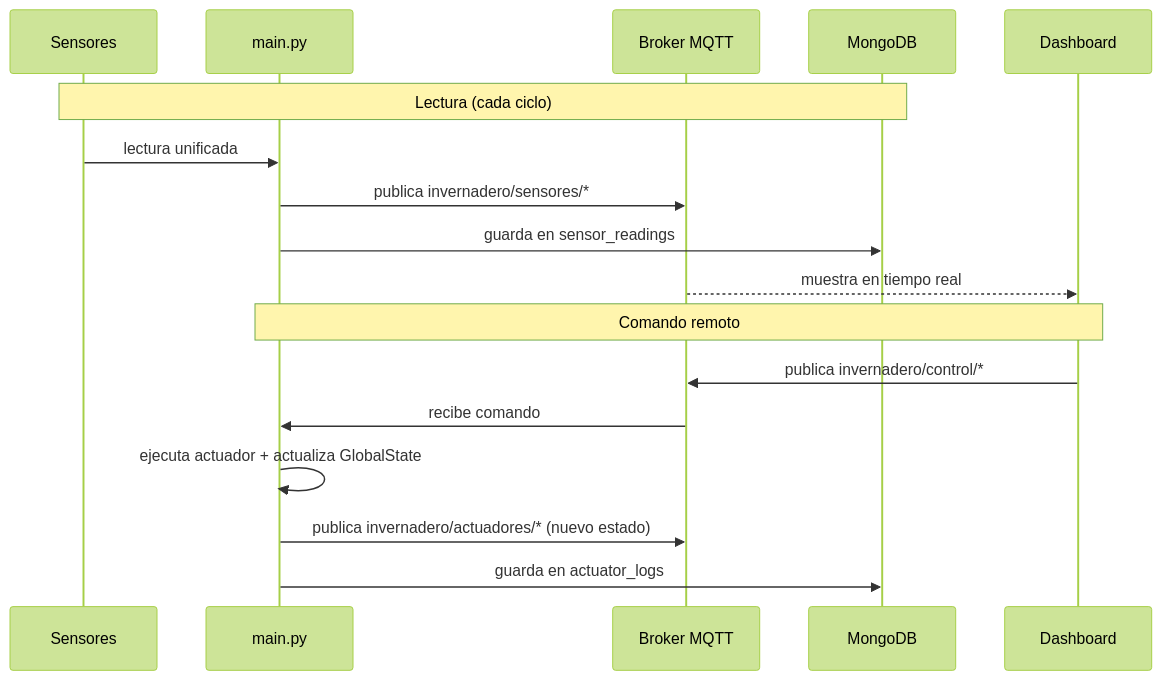
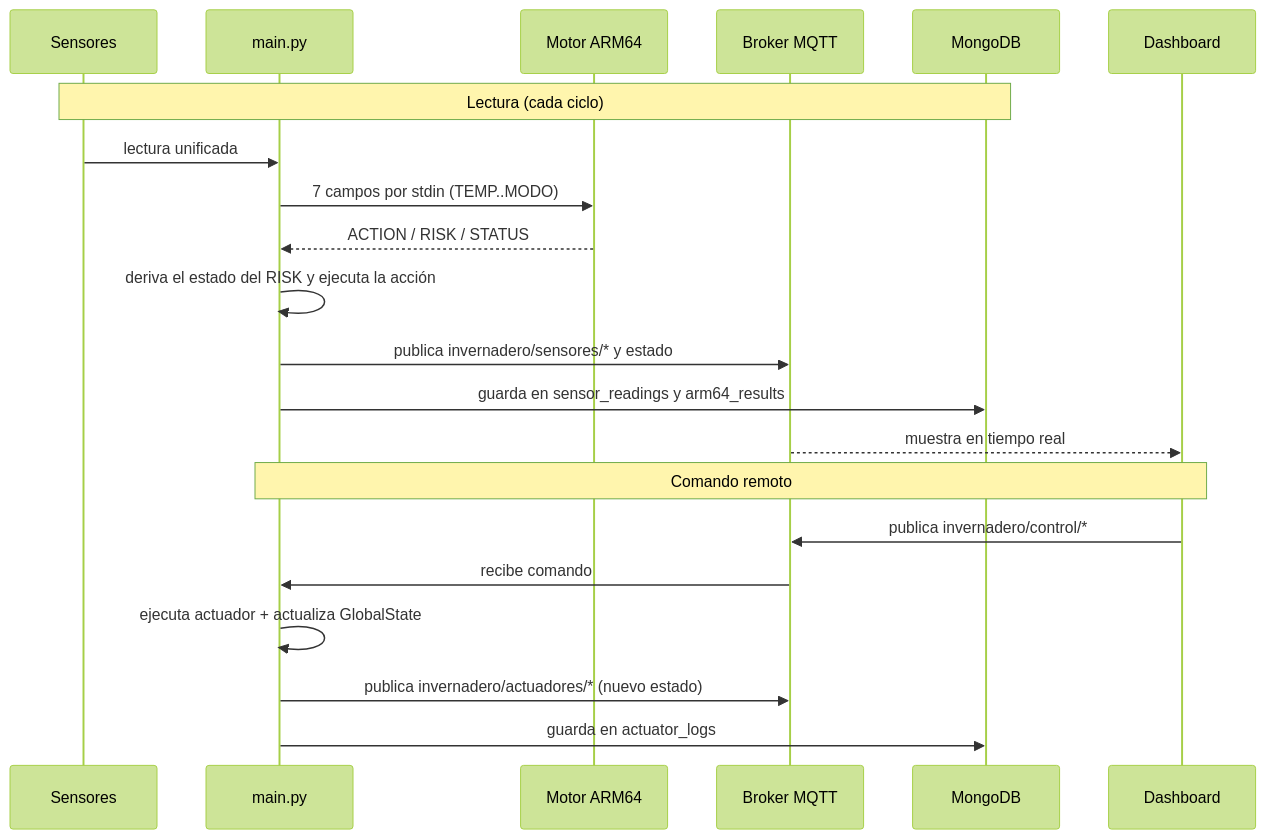
Before and after one commit to ricardious/ARQUI1V1S_G15: the second of 2 diagrams in Proyecto 2/iot_program/README.md, drawn with Mermaid (forest theme). The commit also changed other lines of this file and 4 other files, not shown here.

````diff
--- a/Proyecto 2/iot_program/README.md
+++ b/Proyecto 2/iot_program/README.md
@@ -34,21 +36,25 @@
 ```mermaid
 sequenceDiagram
     participant S as Sensores
     participant M as main.py
+    participant A as Motor ARM64
     participant Q as Broker MQTT
     participant DB as MongoDB
     participant D as Dashboard
 
     Note over S,DB: Lectura (cada ciclo)
     S->>M: lectura unificada
-    M->>Q: publica invernadero/sensores/*
-    M->>DB: guarda en sensor_readings
+    M->>A: 7 campos por stdin (TEMP..MODO)
+    A-->>M: ACTION / RISK / STATUS
+    M->>M: deriva el estado del RISK y ejecuta la acción
+    M->>Q: publica invernadero/sensores/* y estado
+    M->>DB: guarda en sensor_readings y arm64_results
     Q-->>D: muestra en tiempo real
 
     Note over D,M: Comando remoto
     D->>Q: publica invernadero/control/*
     Q->>M: recibe comando
     M->>M: ejecuta actuador + actualiza GlobalState
     M->>Q: publica invernadero/actuadores/* (nuevo estado)
     M->>DB: guarda en actuator_logs
 ```
````
